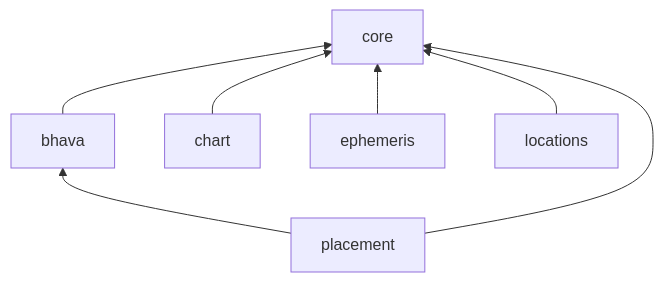
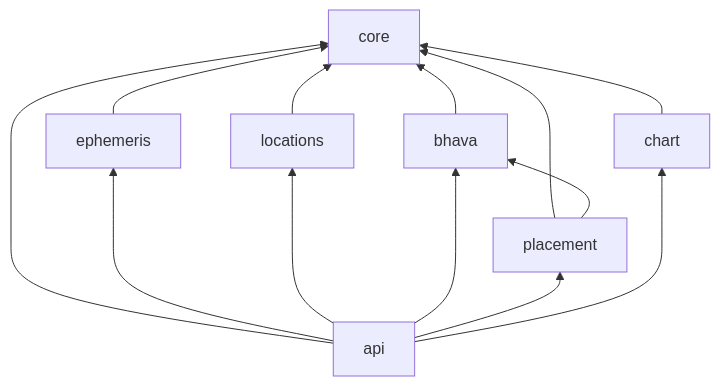
The first of 2 diagrams in MODULES.md (vgnshlvnz/kundli-app), drawn with Mermaid before and after one commit. The commit also changed other lines of this file and 1 other file, not shown here.

Commit message:
docs: document the api and how to run the app

````diff
--- a/MODULES.md
+++ b/MODULES.md
@@ -23,10 +24,16 @@
 ```mermaid
 graph BT
+  api --> core
+  api --> ephemeris
+  api --> locations
+  api --> bhava
+  api --> placement
+  api --> chart
   bhava --> core
   chart --> core
   core
   ephemeris --> core
   locations --> core
   placement --> core
   placement --> bhava
 ```
````
